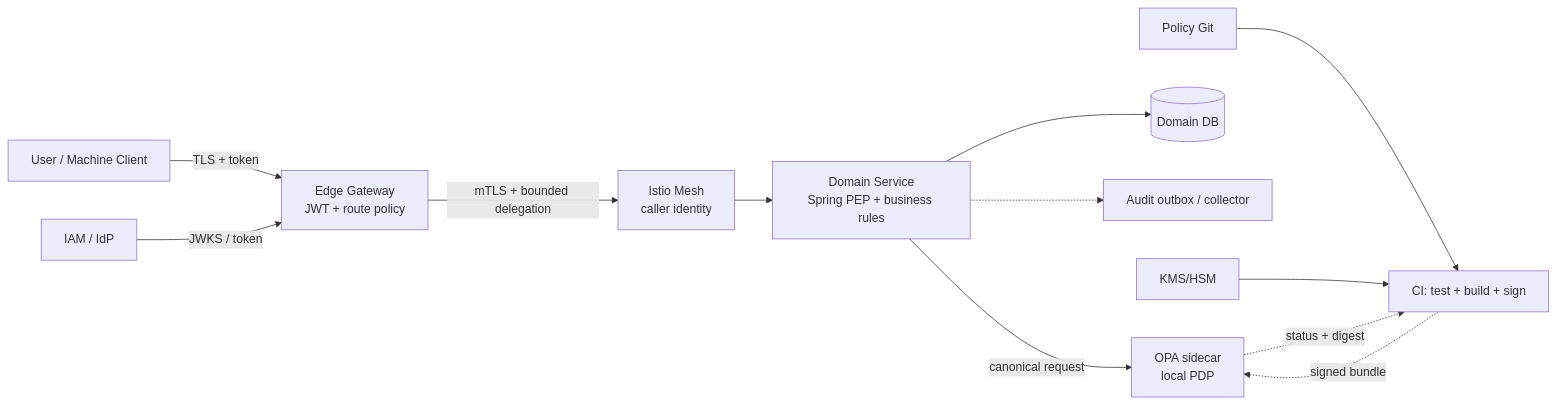
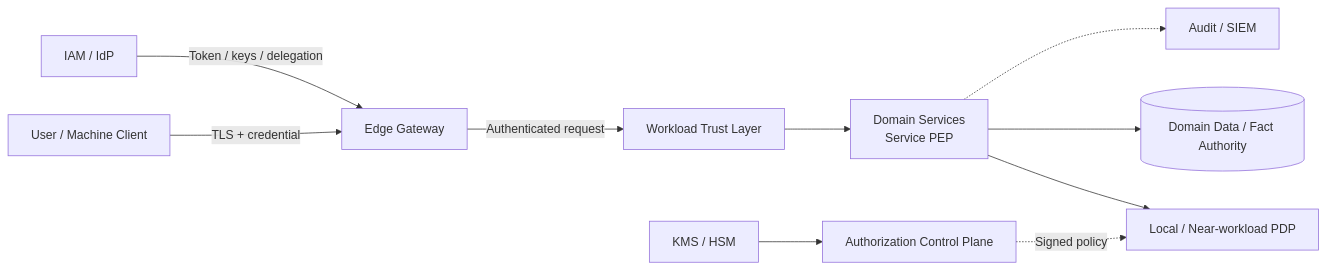
The first of 9 diagrams in zero-trust.md (huynv-xyz/vhm), drawn with Mermaid before and after one commit. The commit also changed other lines of this file, not shown here.

````diff
--- a/zero-trust.md
+++ b/zero-trust.md
@@ -376,15 +227,12 @@
 ```mermaid
 flowchart LR
-    U[User / Machine Client] -->|TLS + token| E[Edge Gateway<br/>JWT + route policy]
-    I[IAM / IdP] -->|JWKS / token| E
-    E -->|mTLS + bounded delegation| M[Istio Mesh<br/>caller identity]
-    M --> S[Domain Service<br/>Spring PEP + business rules]
-    S -->|canonical request| P[OPA sidecar<br/>local PDP]
-    S --> D[(Domain DB)]
-    S -.-> A[Audit outbox / collector]
-
-    G[Policy Git] --> C[CI: test + build + sign]
-    K[KMS/HSM] --> C
-    C -.->|signed bundle| P
-    P -.->|status + digest| C
+    U[User / Machine Client] -->|TLS + credential| E[Edge Gateway]
+    I[IAM / IdP] -->|Token / keys / delegation| E
+    E -->|Authenticated request| W[Workload Trust Layer]
+    W --> S[Domain Services<br/>Service PEP]
+    S --> P[Local / Near-workload PDP]
+    S --> D[(Domain Data / Fact Authority)]
+    S -.-> A[Audit / SIEM]
+    C[Authorization Control Plane] -.->|Signed policy| P
+    K[KMS / HSM] --> C
 ```
````
